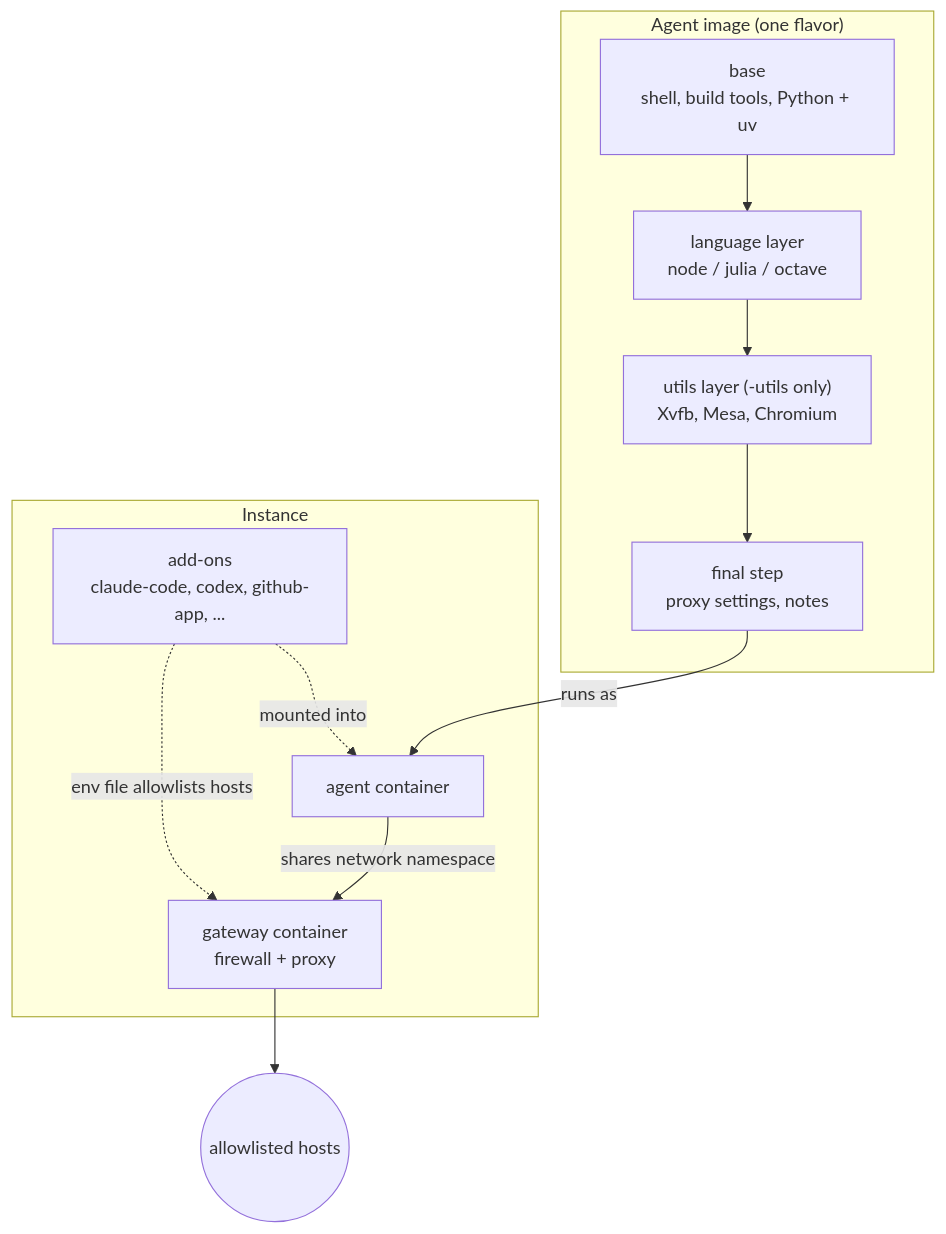
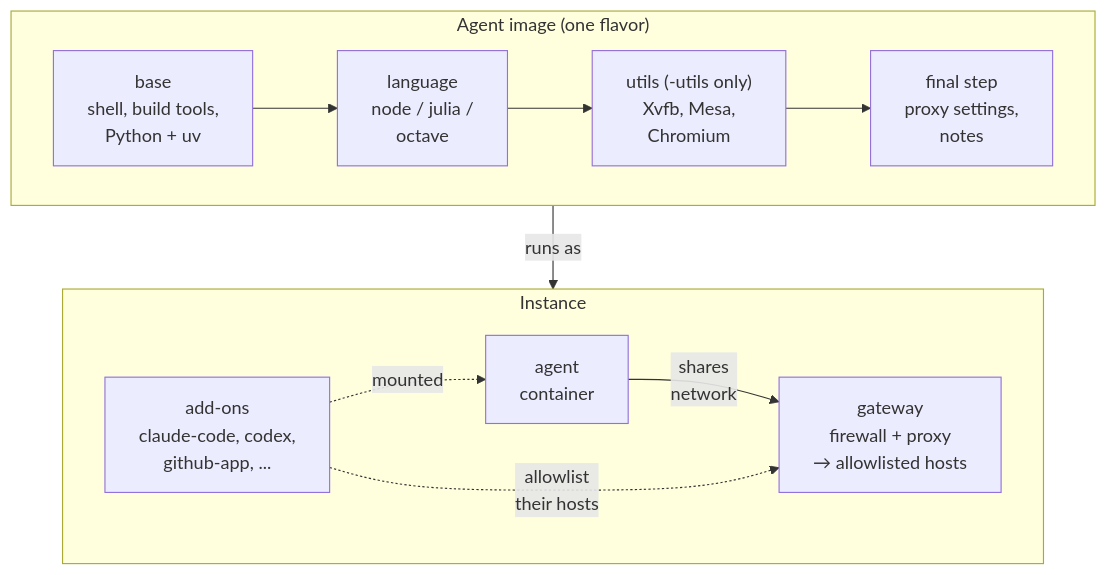
Before and after one commit to industrial-mathematics-group/agent-sandbox: the diagram in docs/concepts/index.md, drawn with Mermaid.

Commit message:
docs: Concepts diagram as two horizontal rows
Vertical was too tall. Image layers in one row, the instance in a
second, with shorter labels so the text stays readable at content width.

Claude-Session: https://claude.ai/code/session_012HAeeWraYukHhmBwBekWz2

````diff
--- a/docs/concepts/index.md
+++ b/docs/concepts/index.md
@@ -5,18 +5,16 @@
 ```mermaid
 flowchart TB
     subgraph image["Agent image (one flavor)"]
-        base["base<br/>shell, build tools, Python + uv"] --> lang["language layer<br/>node / julia / octave"]
-        lang --> utils["utils layer (-utils only)<br/>Xvfb, Mesa, Chromium"]
-        utils --> final["final step<br/>proxy settings, notes"]
+        direction LR
+        base["base<br/>shell, build tools,<br/>Python + uv"] --> lang["language<br/>node / julia /<br/>octave"]
+        lang --> utils["utils (-utils only)<br/>Xvfb, Mesa,<br/>Chromium"]
+        utils --> final["final step<br/>proxy settings,<br/>notes"]
     end
     subgraph instance["Instance"]
-        agent["agent container"]
-        addons["add-ons<br/>claude-code, codex, github-app, ..."]
-        gw["gateway container<br/>firewall + proxy"]
-        addons -. "mounted into" .-> agent
-        addons -. "env file allowlists hosts" .-> gw
-        agent -- "shares network namespace" --> gw
+        direction LR
+        addons["add-ons<br/>claude-code, codex,<br/>github-app, ..."] -. "mounted" .-> agent["agent<br/>container"]
+        agent -- "shares<br/>network" --> gw["gateway<br/>firewall + proxy<br/>→ allowlisted hosts"]
+        addons -. "allowlist<br/>their hosts" .-> gw
     end
-    final -- "runs as" --> agent
-    gw --> internet(("allowlisted hosts"))
+    image -- "runs as" --> instance
 ```
````
